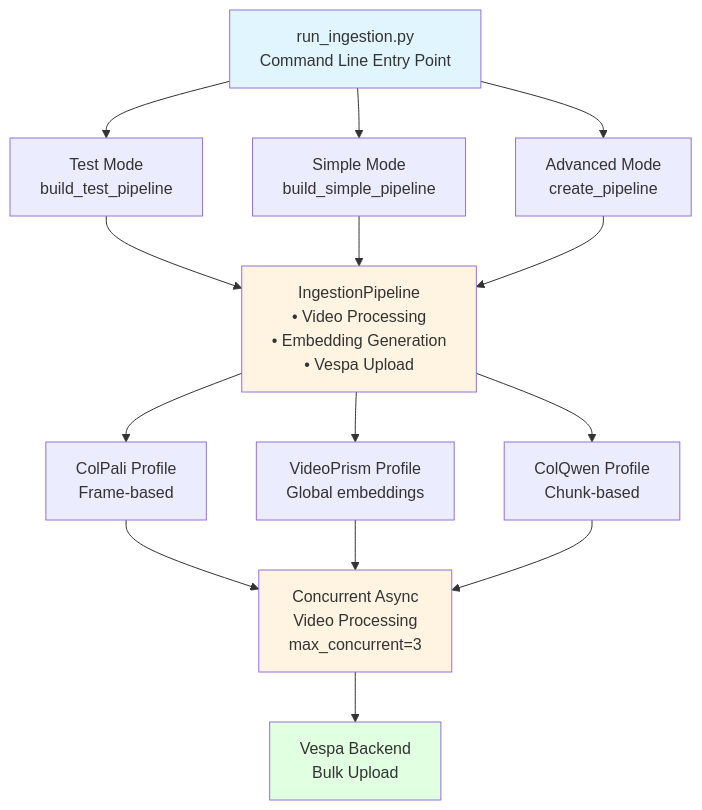
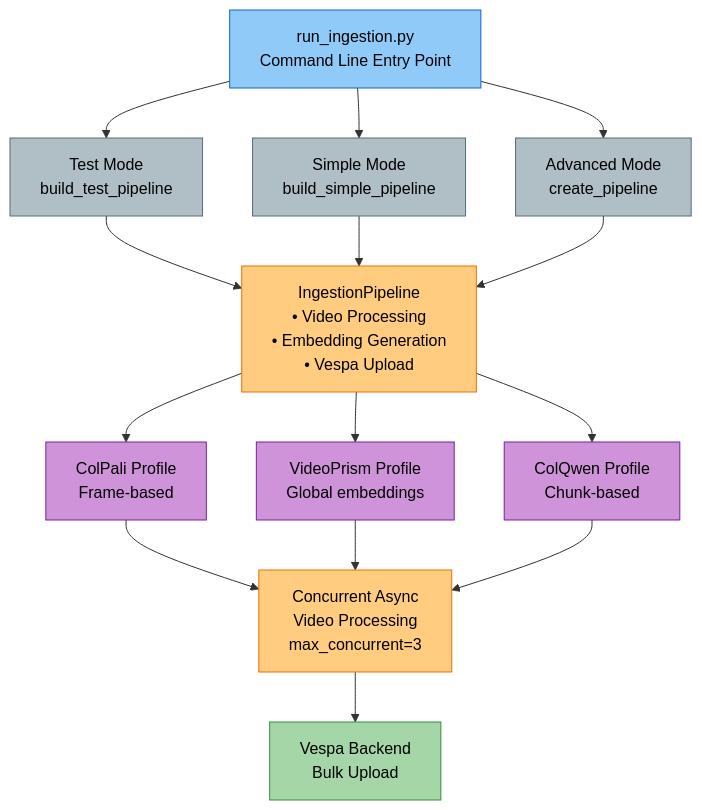
The first of 4 diagrams in docs/development/scripts-operations.md (amit-jain/cogniverse), drawn with Mermaid before and after one commit. The commit also changed other lines of this file and 83 other files, not shown here.

First line of the commit message:
Fix documentation veracity, formatting, and diagrams across all modules

````diff
--- a/docs/development/scripts-operations.md
+++ b/docs/development/scripts-operations.md
@@ -98,41 +102,47 @@
 ```mermaid
-graph TB
-    Entry[run_ingestion.py<br/>Command Line Entry Point]
+flowchart TB
+    Entry["<span style='color:#000'>run_ingestion.py<br/>Command Line Entry Point</span>"]
 
-    TestMode[Test Mode<br/>build_test_pipeline]
-    SimpleMode[Simple Mode<br/>build_simple_pipeline]
-    AdvMode[Advanced Mode<br/>create_pipeline]
+    TestMode["<span style='color:#000'>Test Mode<br/>build_test_pipeline</span>"]
+    SimpleMode["<span style='color:#000'>Simple Mode<br/>build_simple_pipeline</span>"]
+    AdvMode["<span style='color:#000'>Advanced Mode<br/>create_pipeline</span>"]
 
-    Pipeline[IngestionPipeline<br/>• Video Processing<br/>• Embedding Generation<br/>• Vespa Upload]
+    Pipeline["<span style='color:#000'>IngestionPipeline<br/>• Video Processing<br/>• Embedding Generation<br/>• Vespa Upload</span>"]
 
-    ColPali[ColPali Profile<br/>Frame-based]
-    VideoPrism[VideoPrism Profile<br/>Global embeddings]
-    ColQwen[ColQwen Profile<br/>Chunk-based]
+    ColPali["<span style='color:#000'>ColPali Profile<br/>Frame-based</span>"]
+    VideoPrism["<span style='color:#000'>VideoPrism Profile<br/>Global embeddings</span>"]
+    ColQwen["<span style='color:#000'>ColQwen Profile<br/>Chunk-based</span>"]
 
-    Concurrent[Concurrent Async<br/>Video Processing<br/>max_concurrent=3]
+    Concurrent["<span style='color:#000'>Concurrent Async<br/>Video Processing<br/>max_concurrent=3</span>"]
 
-    Vespa[Vespa Backend<br/>Bulk Upload]
+    Vespa["<span style='color:#000'>Vespa Backend<br/>Bulk Upload</span>"]
 
     Entry --> TestMode
     Entry --> SimpleMode
     Entry --> AdvMode
 
     TestMode --> Pipeline
     SimpleMode --> Pipeline
     AdvMode --> Pipeline
 
     Pipeline --> ColPali
     Pipeline --> VideoPrism
     Pipeline --> ColQwen
 
     ColPali --> Concurrent
     VideoPrism --> Concurrent
     ColQwen --> Concurrent
 
     Concurrent --> Vespa
 
-    style Entry fill:#e1f5ff
-    style Pipeline fill:#fff4e1
-    style Concurrent fill:#fff4e1
-    style Vespa fill:#e1ffe1
+    style Entry fill:#90caf9,stroke:#1565c0,color:#000
+    style TestMode fill:#b0bec5,stroke:#546e7a,color:#000
+    style SimpleMode fill:#b0bec5,stroke:#546e7a,color:#000
+    style AdvMode fill:#b0bec5,stroke:#546e7a,color:#000
+    style Pipeline fill:#ffcc80,stroke:#ef6c00,color:#000
+    style ColPali fill:#ce93d8,stroke:#7b1fa2,color:#000
+    style VideoPrism fill:#ce93d8,stroke:#7b1fa2,color:#000
+    style ColQwen fill:#ce93d8,stroke:#7b1fa2,color:#000
+    style Concurrent fill:#ffcc80,stroke:#ef6c00,color:#000
+    style Vespa fill:#a5d6a7,stroke:#388e3c,color:#000
 ```
````
